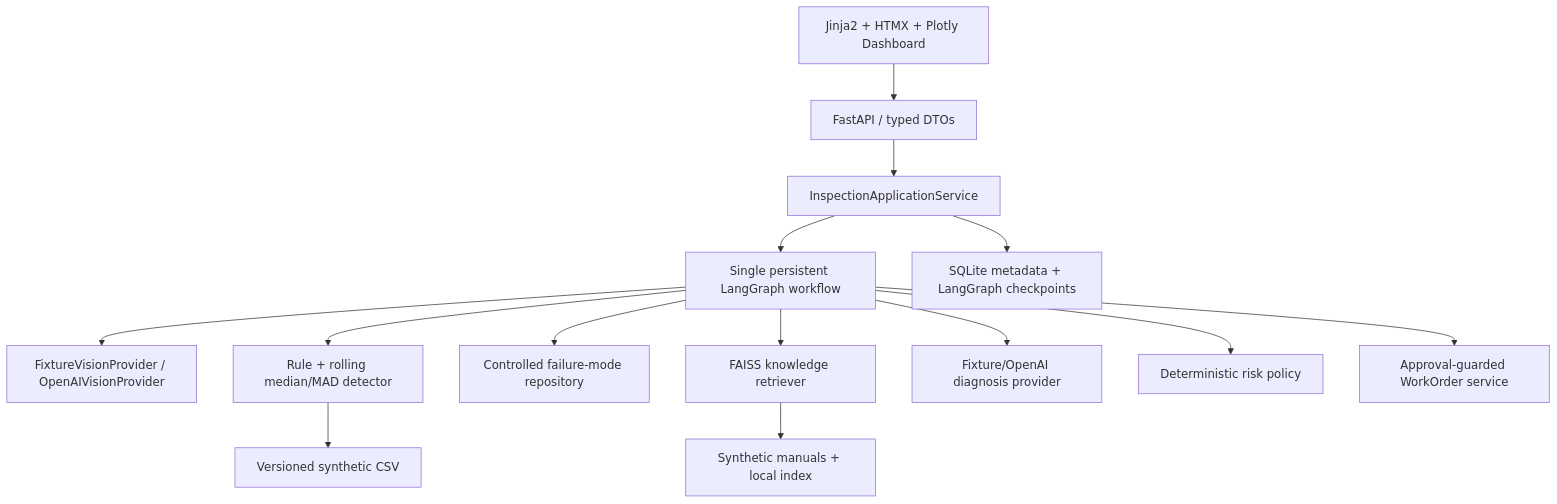
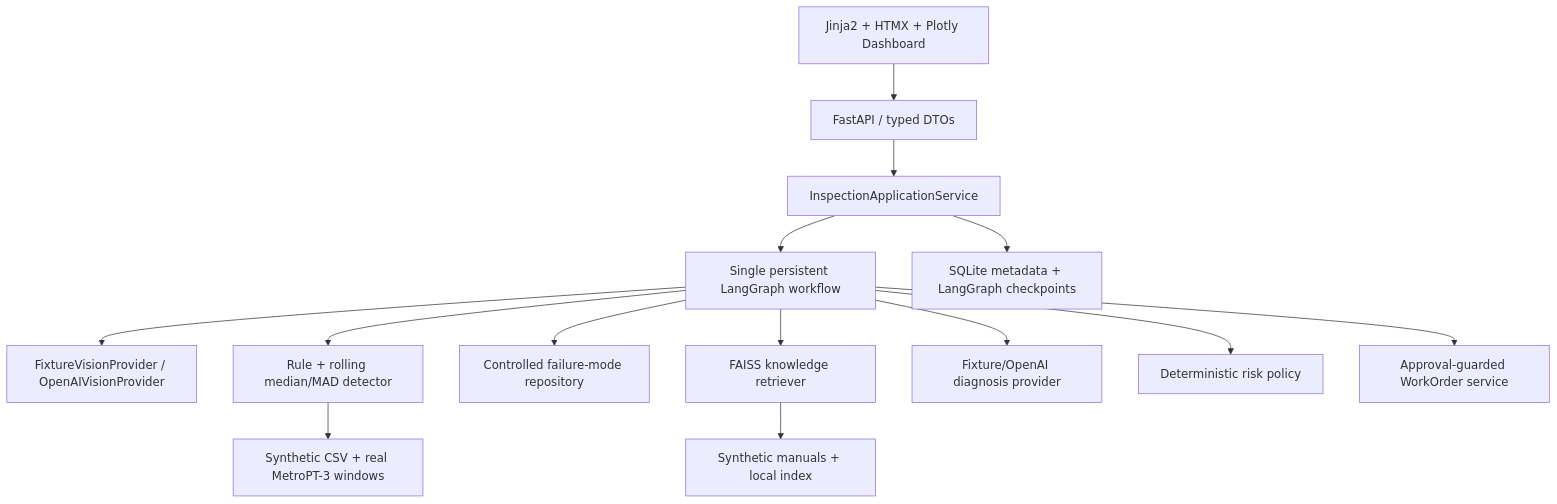
One commit to zhanglonglong01/multimodal-industrial-inspection-agent changed the second of 2 diagrams in README.md. Above: the diagram before and after it, drawn with Mermaid. The commit also changed other lines of this file and 24 other files, not shown here.

Commit message:
Add MetroPT-3 real sensor profile and CI evaluation

````diff
--- a/README.md
+++ b/README.md
@@ -74,16 +74,16 @@
 ```mermaid
 flowchart TB
     Browser["Jinja2 + HTMX + Plotly Dashboard"] --> API["FastAPI / typed DTOs"]
     API --> App["InspectionApplicationService"]
     App --> Graph["Single persistent LangGraph workflow"]
     Graph --> Vision["FixtureVisionProvider / OpenAIVisionProvider"]
     Graph --> Sensor["Rule + rolling median/MAD detector"]
     Graph --> FM["Controlled failure-mode repository"]
     Graph --> RAG["FAISS knowledge retriever"]
     Graph --> Diagnosis["Fixture/OpenAI diagnosis provider"]
     Graph --> Risk["Deterministic risk policy"]
     Graph --> WO["Approval-guarded WorkOrder service"]
     App --> SQLite["SQLite metadata + LangGraph checkpoints"]
-    Sensor --> CSV["Versioned synthetic CSV"]
+    Sensor --> CSV["Synthetic CSV + real MetroPT-3 windows"]
     RAG --> Files["Synthetic manuals + local index"]
 ```
````
